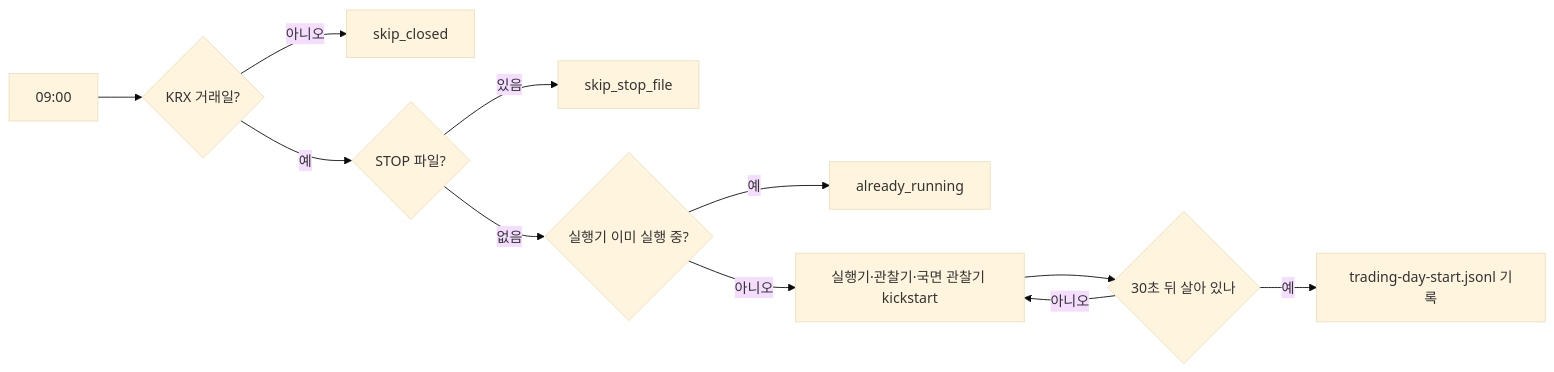
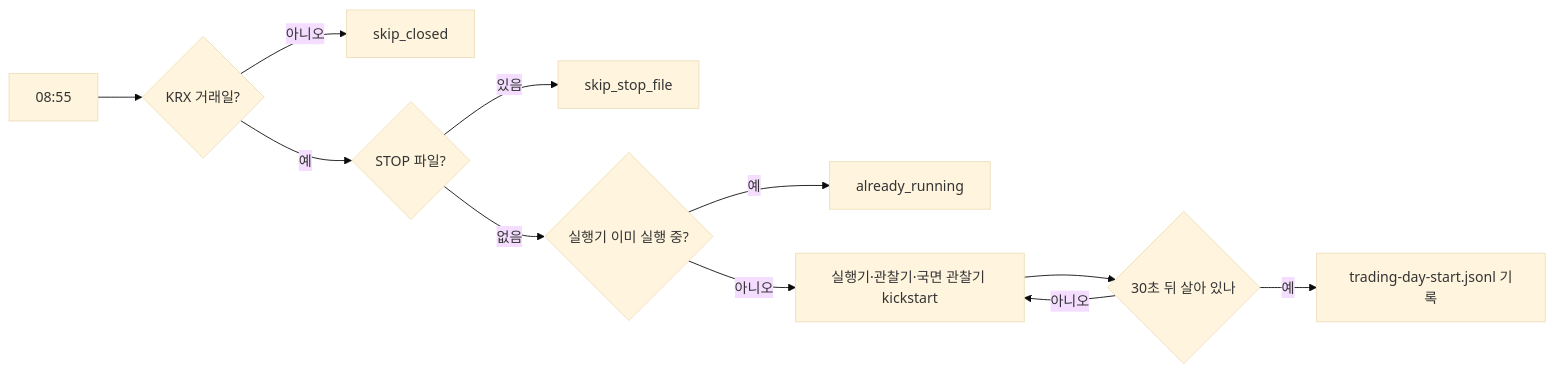
Before and after one commit to roadkwonai/omni-ai-trading: the second of 3 diagrams in docs/automation.md, drawn with Mermaid (base theme). The commit also changed other lines of this file and 27 other files, not shown here.

````diff
--- a/docs/automation.md
+++ b/docs/automation.md
@@ -183,13 +183,13 @@
 ```mermaid
 flowchart LR
-  A["09:00"] --> B{"KRX 거래일?"}
+  A["08:55"] --> B{"KRX 거래일?"}
   B -- 아니오 --> S1["skip_closed"]
   B -- 예 --> C{"STOP 파일?"}
   C -- 있음 --> S2["skip_stop_file"]
   C -- 없음 --> D{"실행기 이미 실행 중?"}
   D -- 예 --> S3["already_running"]
   D -- 아니오 --> E["실행기·관찰기·국면 관찰기 kickstart"]
   E --> F{"30초 뒤 살아 있나"}
   F -- 아니오 --> E
   F -- 예 --> G["trading-day-start.jsonl 기록"]
 ```
````
